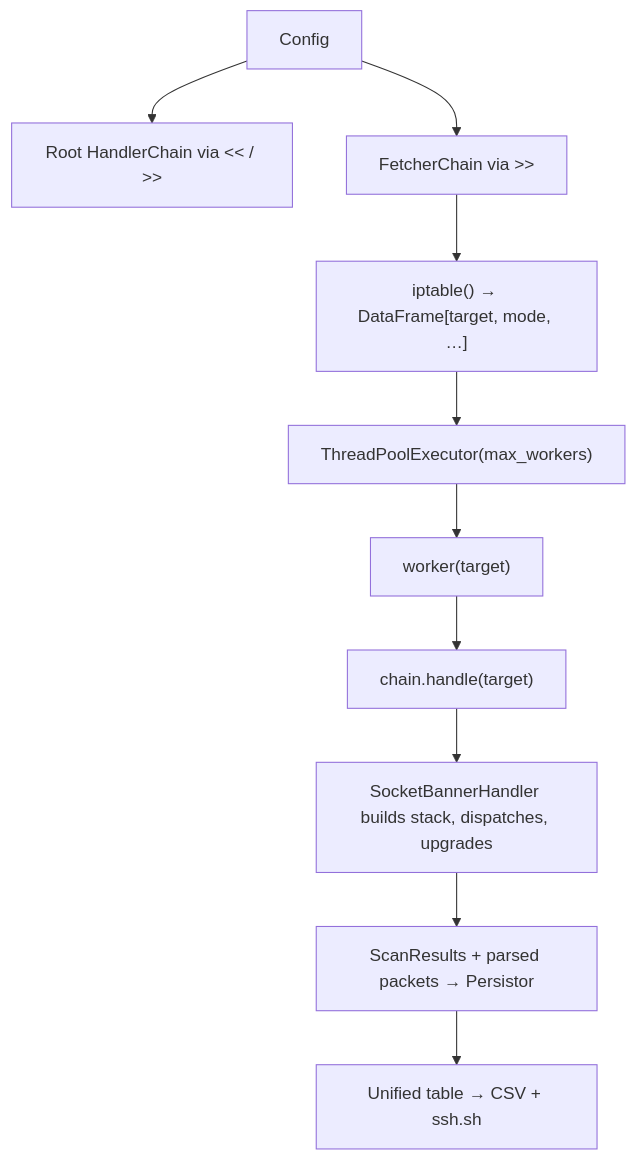
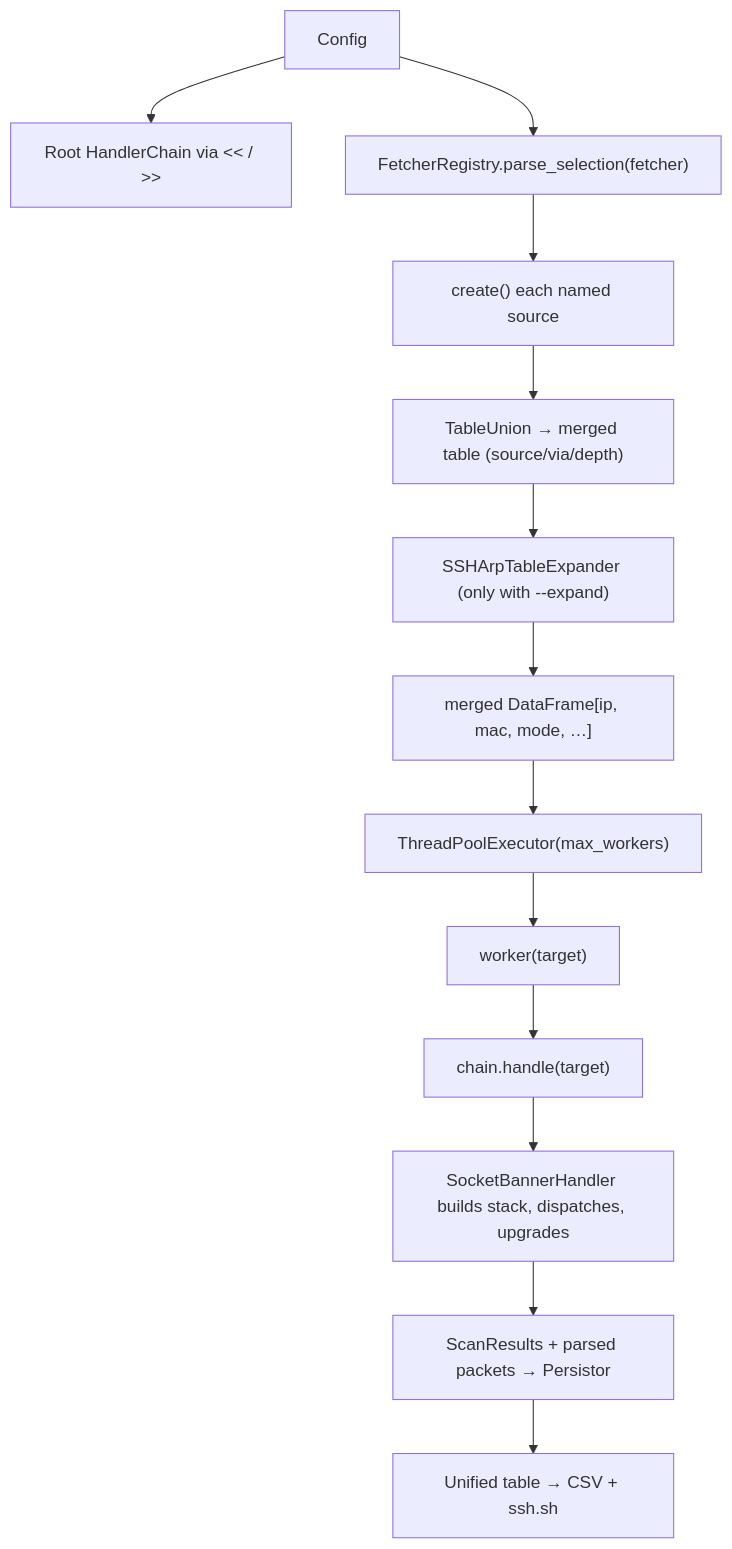
The seventh of 8 diagrams in design.md (fufurobot/my-lan-prober), drawn with Mermaid before and after one commit. The commit also changed other lines of this file and 1 other file, not shown here.

First line of the commit message:
[GREEN] document FQDN, expanders, the registry and the merge rules

````diff
--- a/design.md
+++ b/design.md
@@ -744,12 +885,15 @@
 ```mermaid
 flowchart TD
     A[Config] --> B["Root HandlerChain via << / >>"]
-    A --> C["FetcherChain via >>"]
-    C --> D["iptable() → DataFrame[target, mode, …]"]
+    A --> C["FetcherRegistry.parse_selection(fetcher)"]
+    C --> C2["create() each named source"]
+    C2 --> C3["TableUnion → merged table (source/via/depth)"]
+    C3 --> C4["SSHArpTableExpander (only with --expand)"]
+    C4 --> D["merged DataFrame[ip, mac, mode, …]"]
     D --> E["ThreadPoolExecutor(max_workers)"]
     E --> F["worker(target)"]
     F --> G["chain.handle(target)"]
     G --> H["SocketBannerHandler builds stack, dispatches, upgrades"]
     H --> I["ScanResults + parsed packets → Persistor"]
     I --> K[Unified table → CSV + ssh.sh]
 ```
````
